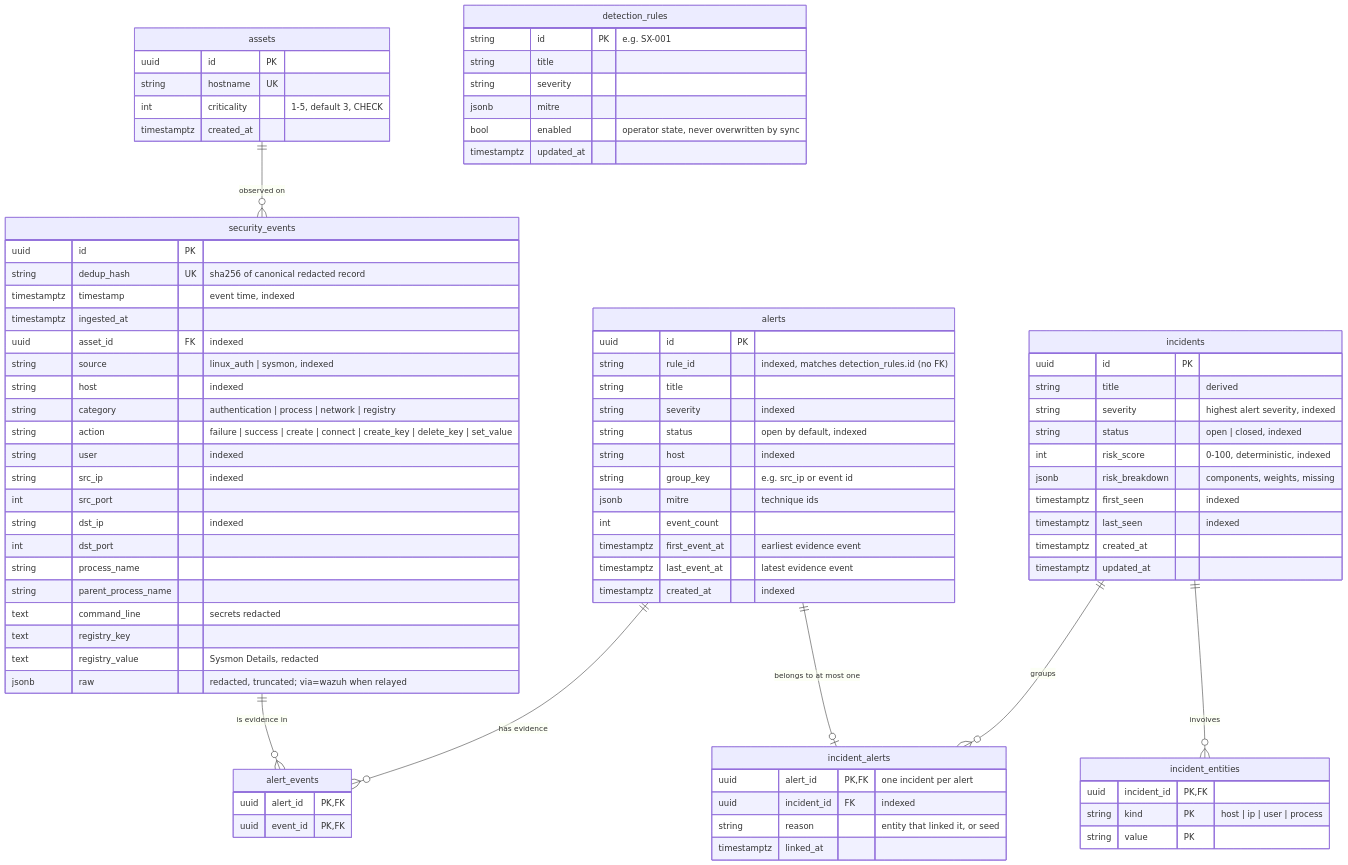
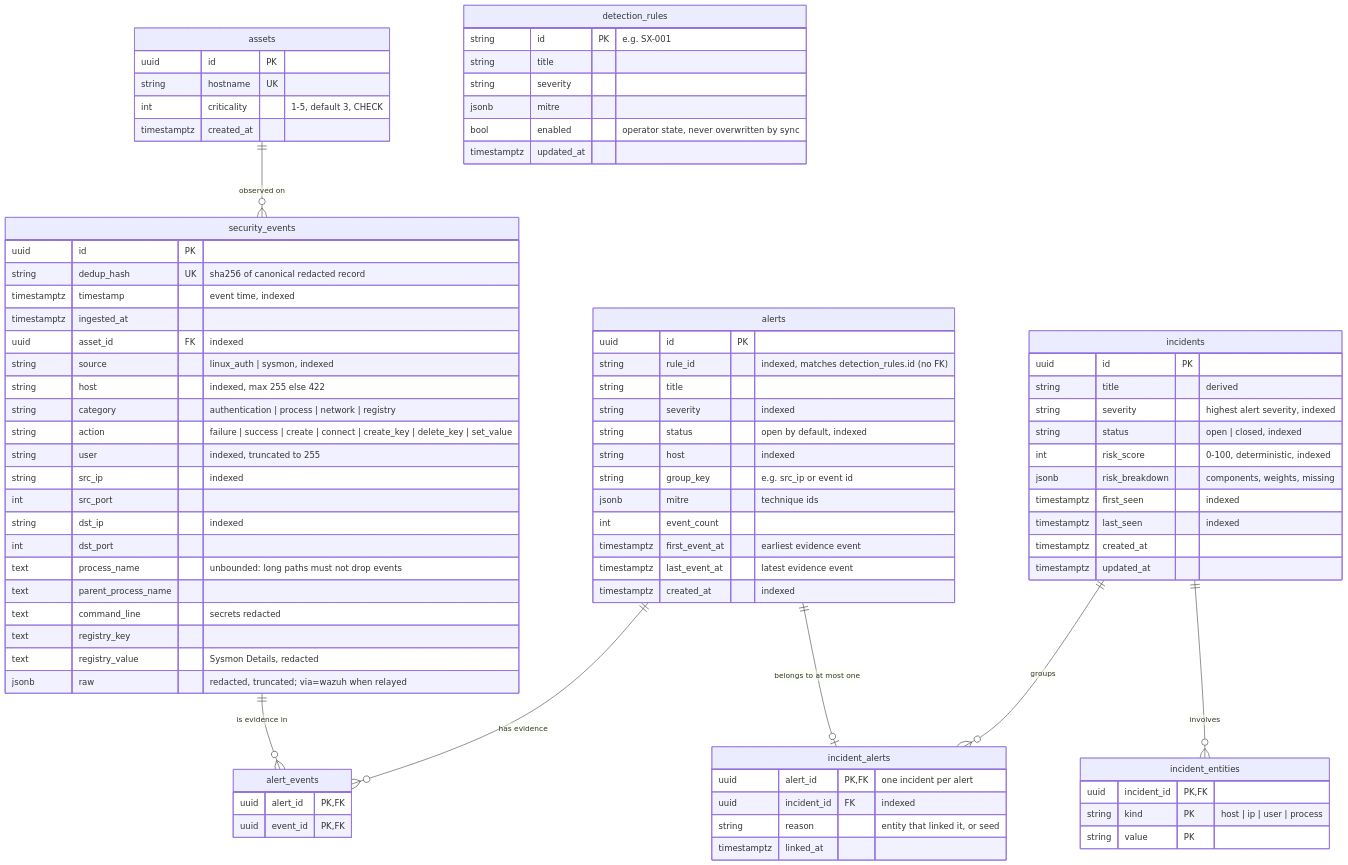
The diagram in docs/database-schema.md (duynhat326/SentinelX-Hybrid-AI-powered-Security-Operations-Platform), drawn with Mermaid before and after one commit. The commit also changed other lines of this file and 10 other files, not shown here.

```diff
--- a/docs/database-schema.md
+++ b/docs/database-schema.md
@@ -32,16 +32,16 @@
         timestamptz ingested_at
         uuid asset_id FK "indexed"
         string source "linux_auth | sysmon, indexed"
-        string host "indexed"
+        string host "indexed, max 255 else 422"
         string category "authentication | process | network | registry"
         string action "failure | success | create | connect | create_key | delete_key | set_value"
-        string user "indexed"
+        string user "indexed, truncated to 255"
         string src_ip "indexed"
         int src_port
         string dst_ip "indexed"
         int dst_port
-        string process_name
-        string parent_process_name
+        text process_name "unbounded: long paths must not drop events"
+        text parent_process_name
         text command_line "secrets redacted"
         text registry_key
         text registry_value "Sysmon Details, redacted"
```
